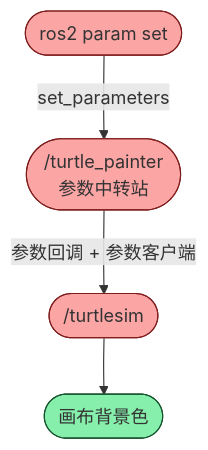
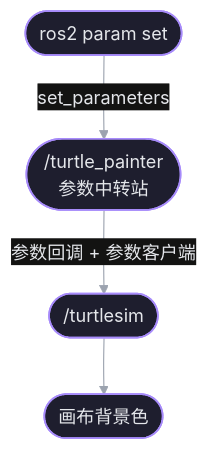
Before and after one commit to Korotomx/STD: the second of 2 diagrams in ROS2/STDY/Projects/turtle_draw_项目总结.md, drawn with Mermaid. The commit also changed other lines of this file and 51 other files, not shown here.

````diff
--- a/ROS2/STDY/Projects/turtle_draw_项目总结.md
+++ b/ROS2/STDY/Projects/turtle_draw_项目总结.md
@@ -122,16 +123,15 @@
 ```mermaid
+%%{init: {'theme':'base','themeCSS':'.nodeLabel{color:#E5E7EB!important;fill:#E5E7EB!important}.edgeLabel p{background-color:#131312!important}.edgeLabel{color:#E5E7EB!important}svg{background:transparent!important}','themeVariables':{'primaryColor':'#1E1E2E','primaryTextColor':'#E5E7EB','primaryBorderColor':'#A78BFA','secondaryColor':'#1E1E2E','tertiaryColor':'#1E1E2E','lineColor':'#9CA3AF','textColor':'#E5E7EB','mainBkg':'#1E1E2E','nodeBorder':'#A78BFA','clusterBkg':'#131312','clusterBorder':'#3A3A4A','edgeLabelBackground':'#131312','actorBkg':'#1E1E2E','actorBorder':'#A78BFA','actorTextColor':'#E5E7EB','actorLineColor':'#9CA3AF','signalColor':'#9CA3AF','signalTextColor':'#E5E7EB','labelBoxBkgColor':'#1E1E2E','labelBoxBorderColor':'#A78BFA','labelTextColor':'#E5E7EB','loopTextColor':'#E5E7EB','noteBkgColor':'#1E1E2E','noteBorderColor':'#A78BFA','noteTextColor':'#E5E7EB','stateBkg':'#1E1E2E','stateBorder':'#A78BFA','stateTextColor':'#E5E7EB','transitionColor':'#9CA3AF','transitionLabelColor':'#E5E7EB','fontFamily':'Noto Sans CJK SC, sans-serif','fontSize':'16px'}}}%%
 flowchart TB
     cmd(["ros2 param set"])
     tp(["/turtle_painter<br/>参数中转站"])
     ts(["/turtlesim"])
     bg(["画布背景色"])
 
     cmd -->|"set_parameters"| tp
     tp -->|"参数回调 + 参数客户端"| ts
     ts --> bg
 
-    classDef node fill:#fca5a5,stroke:#7f1d1d
-    classDef result fill:#86efac,stroke:#14532d
-    class cmd,tp,ts node
-    class bg result
+classDef default fill:#1E1E2E,stroke:#A78BFA,stroke-width:1.5px,color:#E5E7EB
+linkStyle default stroke:#9CA3AF
 ```
````
